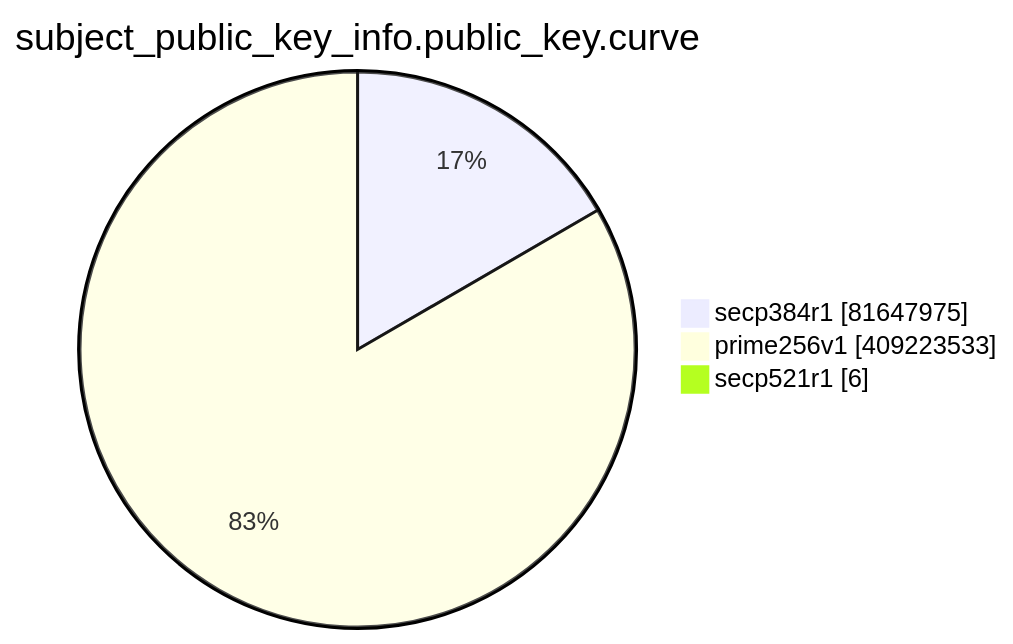
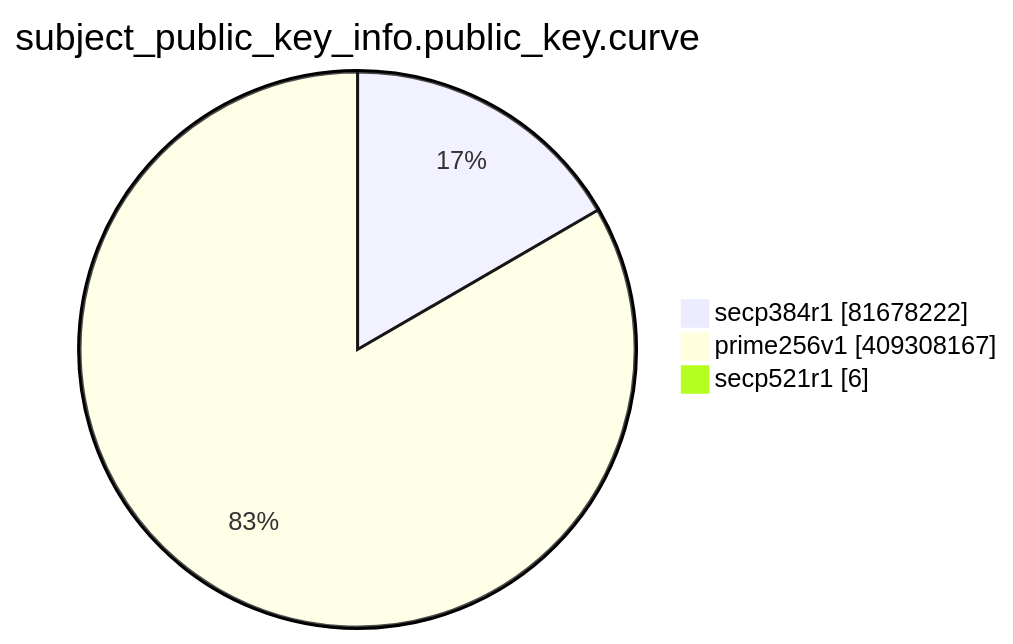
The eighth of 15 diagrams in TOTAL/README.md (christiankrug/ctmonitor_visualization), drawn with Mermaid before and after one commit. The commit also changed other lines of this file, not shown here.

````diff
--- a/TOTAL/README.md
+++ b/TOTAL/README.md
@@ -3096,7 +3096,7 @@
 ```mermaid
 pie showData
 title subject_public_key_info.public_key.curve
-"secp384r1" :81647975
-"prime256v1" :409223533
+"secp384r1" :81678222
+"prime256v1" :409308167
 "secp521r1" :6
 ```
````
